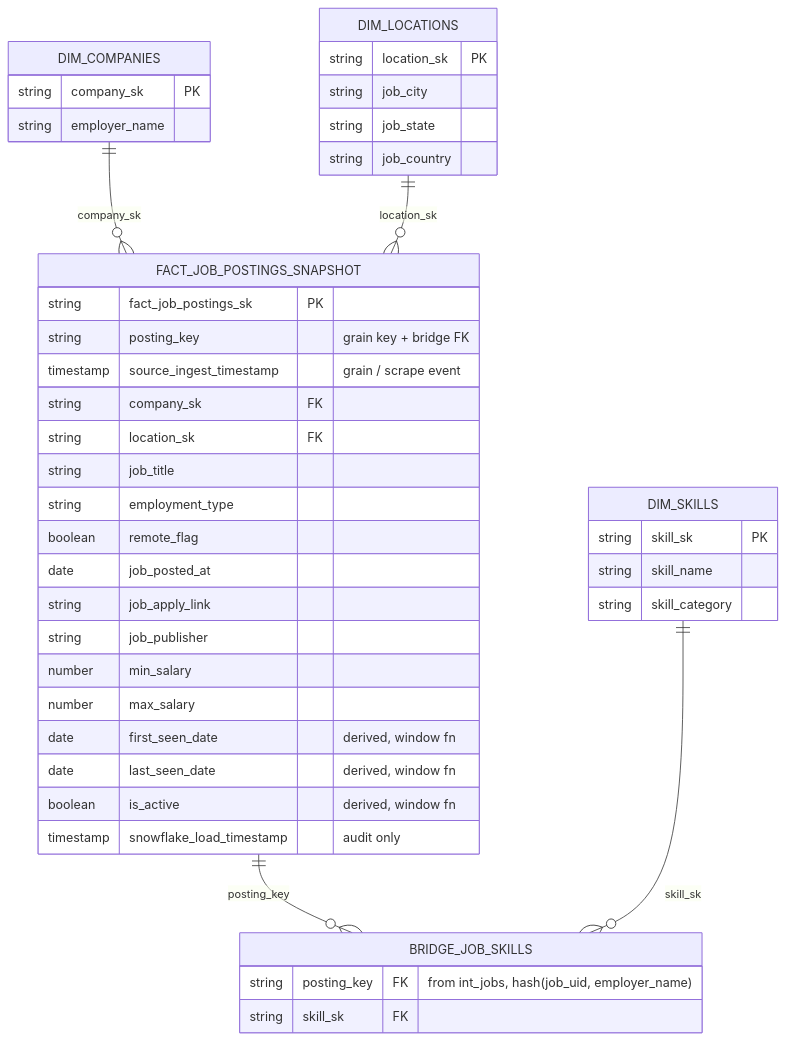
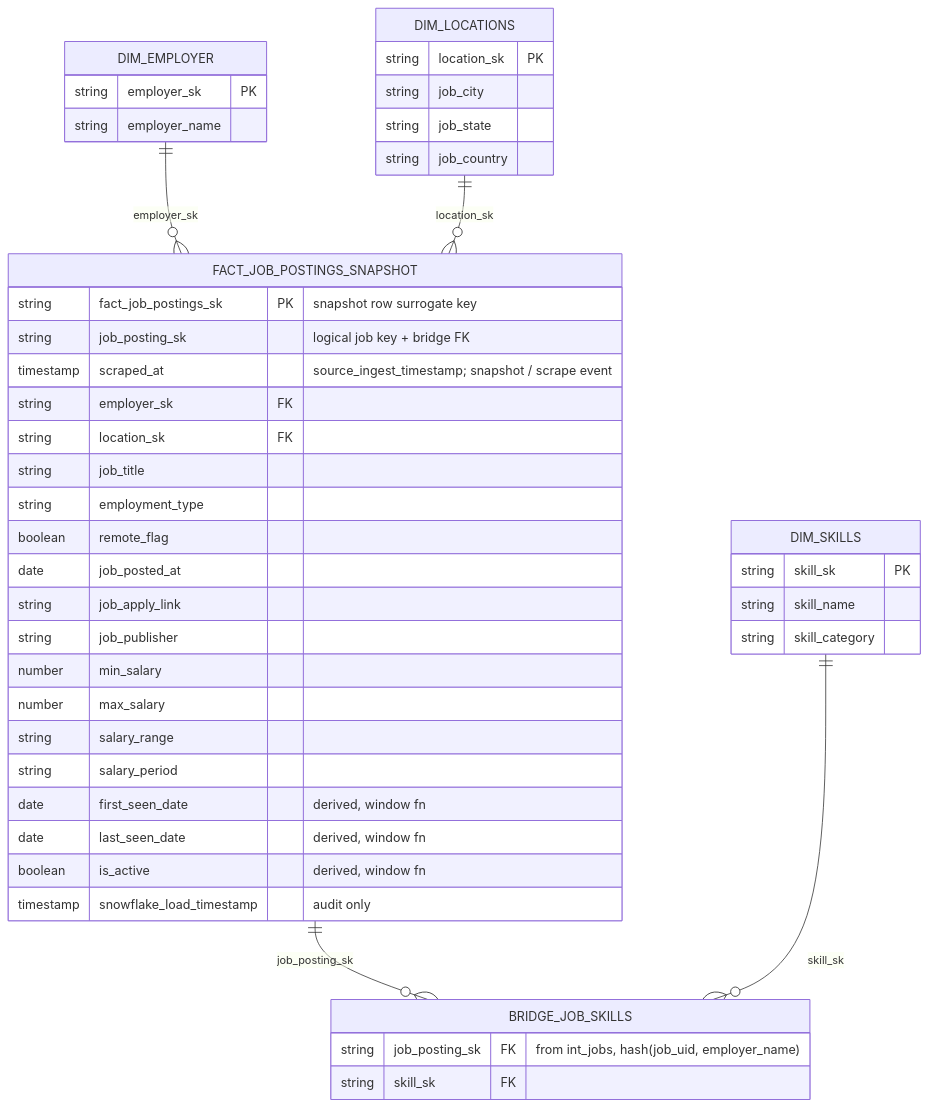
Before and after one commit to Komsiie/job-tracker-data-pipeline: the diagram in architecture/job_postings_star_schema.mmd, drawn with Mermaid. The commit also changed 2 other files, not shown here.

Commit message:
Update architecture files

```diff
--- a/architecture/job_postings_star_schema.mmd
+++ b/architecture/job_postings_star_schema.mmd
@@ -1,48 +1,50 @@
 erDiagram
-    DIM_COMPANIES ||--o{ FACT_JOB_POSTINGS_SNAPSHOT : "company_sk"
+    DIM_EMPLOYER ||--o{ FACT_JOB_POSTINGS_SNAPSHOT : "employer_sk"
     DIM_LOCATIONS ||--o{ FACT_JOB_POSTINGS_SNAPSHOT : "location_sk"
-    FACT_JOB_POSTINGS_SNAPSHOT ||--o{ BRIDGE_JOB_SKILLS : "posting_key"
+    FACT_JOB_POSTINGS_SNAPSHOT ||--o{ BRIDGE_JOB_SKILLS : "job_posting_sk"
     DIM_SKILLS ||--o{ BRIDGE_JOB_SKILLS : "skill_sk"
 
     FACT_JOB_POSTINGS_SNAPSHOT {
-        string fact_job_postings_sk PK
-        string posting_key "grain key + bridge FK"
-        timestamp source_ingest_timestamp "grain / scrape event"
-        string company_sk FK
+        string fact_job_postings_sk PK "snapshot row surrogate key"
+        string job_posting_sk "logical job key + bridge FK"
+        timestamp scraped_at "source_ingest_timestamp; snapshot / scrape event"
+        string employer_sk FK
         string location_sk FK
         string job_title
         string employment_type
         boolean remote_flag
         date job_posted_at
         string job_apply_link
         string job_publisher
         number min_salary
         number max_salary
+        string salary_range
+        string salary_period
         date first_seen_date "derived, window fn"
         date last_seen_date "derived, window fn"
         boolean is_active "derived, window fn"
         timestamp snowflake_load_timestamp "audit only"
     }
 
-    DIM_COMPANIES {
-        string company_sk PK
+    DIM_EMPLOYER {
+        string employer_sk PK
         string employer_name
     }
 
     DIM_LOCATIONS {
         string location_sk PK
         string job_city
         string job_state
         string job_country
     }
 
     DIM_SKILLS {
         string skill_sk PK
         string skill_name
         string skill_category
     }
 
     BRIDGE_JOB_SKILLS {
-        string posting_key FK "from int_jobs, hash(job_uid, employer_name)"
+        string job_posting_sk FK "from int_jobs, hash(job_uid, employer_name)"
         string skill_sk FK
     }
```
